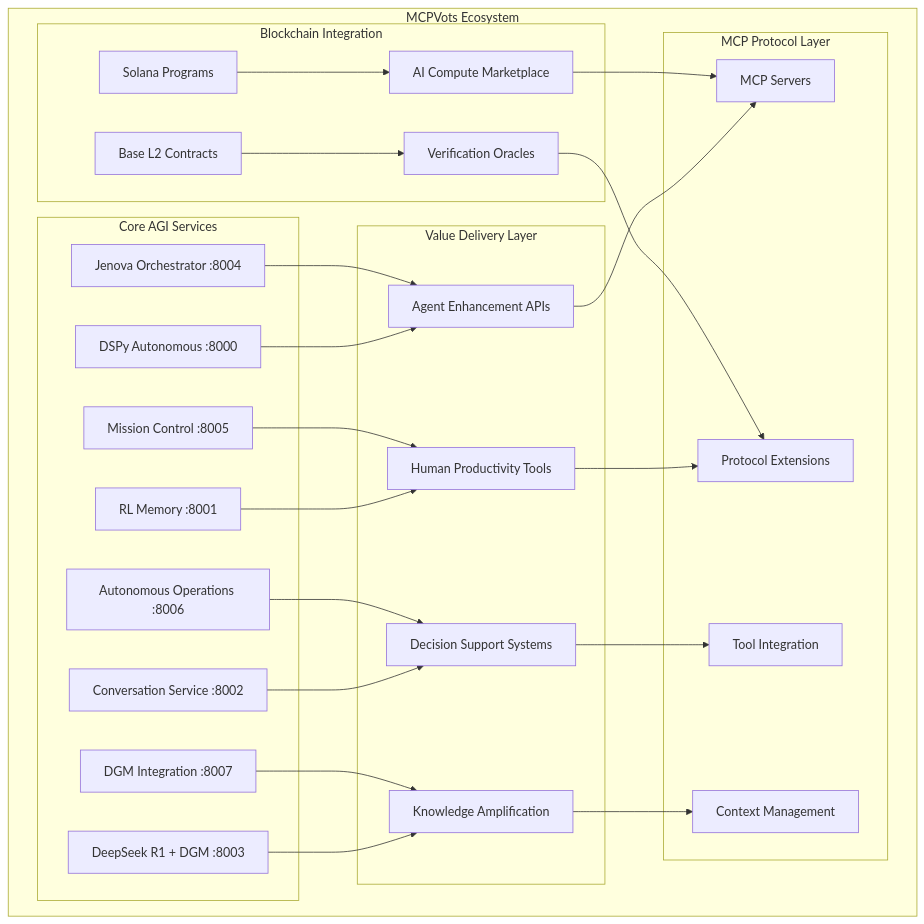
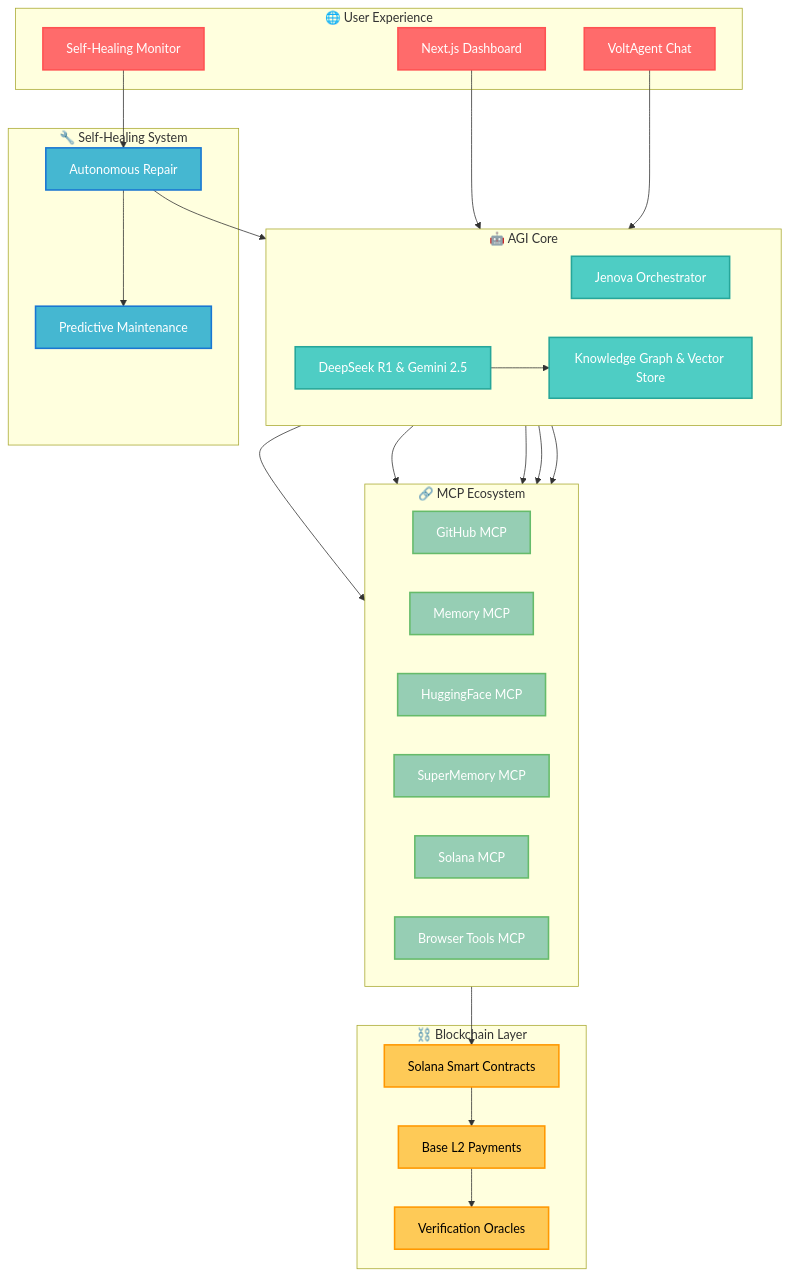
The diagram in README.md (MCPVOTS/MCPVOTS), drawn with Mermaid before and after one commit. The commit also changed other lines of this file, not shown here.

Commit message:
Update README with current operational status - Oracle AGI fully operational, all MCP servers connected, comprehensive research missions completed

````diff
--- a/README.md
+++ b/README.md
@@ -44,55 +79,63 @@
 ```mermaid
-graph TB
-    subgraph "MCPVots Ecosystem"
-        subgraph "Core AGI Services"
-            A[DSPy Autonomous :8000]
-            B[RL Memory :8001]
-            C[Conversation Service :8002]
-            D[DeepSeek R1 + DGM :8003]
-            E[Jenova Orchestrator :8004]
-            F[Mission Control :8005]
-            G[Autonomous Operations :8006]
-            H[DGM Integration :8007]
-        end
-        
-        subgraph "Value Delivery Layer"
-            I[Agent Enhancement APIs]
-            J[Human Productivity Tools]
-            K[Decision Support Systems]
-            L[Knowledge Amplification]
-        end
-        
-        subgraph "Blockchain Integration"
-            M[Solana Programs]
-            N[Base L2 Contracts]
-            O[AI Compute Marketplace]
-            P[Verification Oracles]
-        end
-        
-        subgraph "MCP Protocol Layer"
-            Q[MCP Servers]
-            R[Protocol Extensions]
-            S[Tool Integration]
-            T[Context Management]
-        end
+graph TD
+    subgraph "🌐 User Experience"
+        UI[Next.js Dashboard]
+        CHAT[VoltAgent Chat]
+        MONITOR[Self-Healing Monitor]
     end
-    
-    A --> I
-    B --> J
-    C --> K
-    D --> L
-    E --> I
-    F --> J
-    G --> K
-    H --> L
-    
-    I --> Q
-    J --> R
-    K --> S
-    L --> T
-    
-    M --> O
-    N --> P
-    O --> Q
-    P --> R
+
+    subgraph "🤖 AGI Core"
+        direction LR
+        ORCHESTRATOR[Jenova Orchestrator]
+        REASONING[DeepSeek R1 & Gemini 2.5]
+        MEMORY[Knowledge Graph & Vector Store]
+    end
+
+    subgraph "🔧 Self-Healing System"
+        HEAL[Autonomous Repair]
+        PREDICT[Predictive Maintenance]
+    end
+
+    subgraph "🔗 MCP Ecosystem"
+        direction LR
+        GITHUB[GitHub MCP]
+        MEMORY_MCP[Memory MCP]
+        HF[HuggingFace MCP]
+        SUPERMEMORY[SuperMemory MCP]
+        SOLANA_MCP[Solana MCP]
+        BROWSER[Browser Tools MCP]
+    end
+
+    subgraph "⛓️ Blockchain Layer"
+        SOLANA[Solana Smart Contracts]
+        BASE[Base L2 Payments]
+        ORACLE[Verification Oracles]
+    end
+
+    UI --> ORCHESTRATOR
+    CHAT --> REASONING
+    MONITOR --> HEAL
+    ORCHESTRATOR --> GITHUB
+    ORCHESTRATOR --> BROWSER
+    REASONING --> MEMORY
+    REASONING --> HF
+    MEMORY --> MEMORY_MCP
+    MEMORY --> SUPERMEMORY
+    HEAL --> ORCHESTRATOR
+    HEAL --> PREDICT
+    SOLANA_MCP --> SOLANA
+    SOLANA --> BASE
+    BASE --> ORACLE
+
+    classDef ue fill:#ff6b6b,stroke:#ff5252,stroke-width:2px,color:#fff
+    classDef agi fill:#4ecdc4,stroke:#26a69a,stroke-width:2px,color:#fff
+    classDef healing fill:#45b7d1,stroke:#1976d2,stroke-width:2px,color:#fff
+    classDef mcp fill:#96ceb4,stroke:#66bb6a,stroke-width:2px,color:#fff
+    classDef blockchain fill:#feca57,stroke:#ff9800,stroke-width:2px,color:#000
+
+    class UI,CHAT,MONITOR ue
+    class ORCHESTRATOR,REASONING,MEMORY agi
+    class HEAL,PREDICT healing
+    class GITHUB,MEMORY_MCP,HF,SUPERMEMORY,SOLANA_MCP,BROWSER mcp
+    class SOLANA,BASE,ORACLE blockchain
 ```
````
